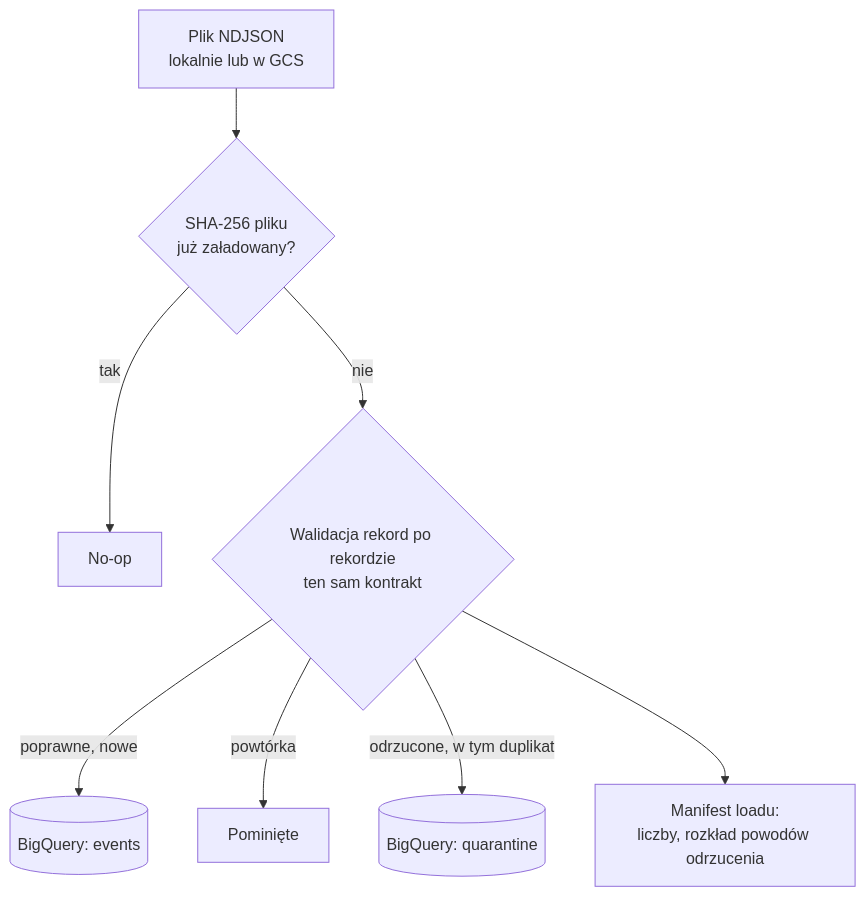
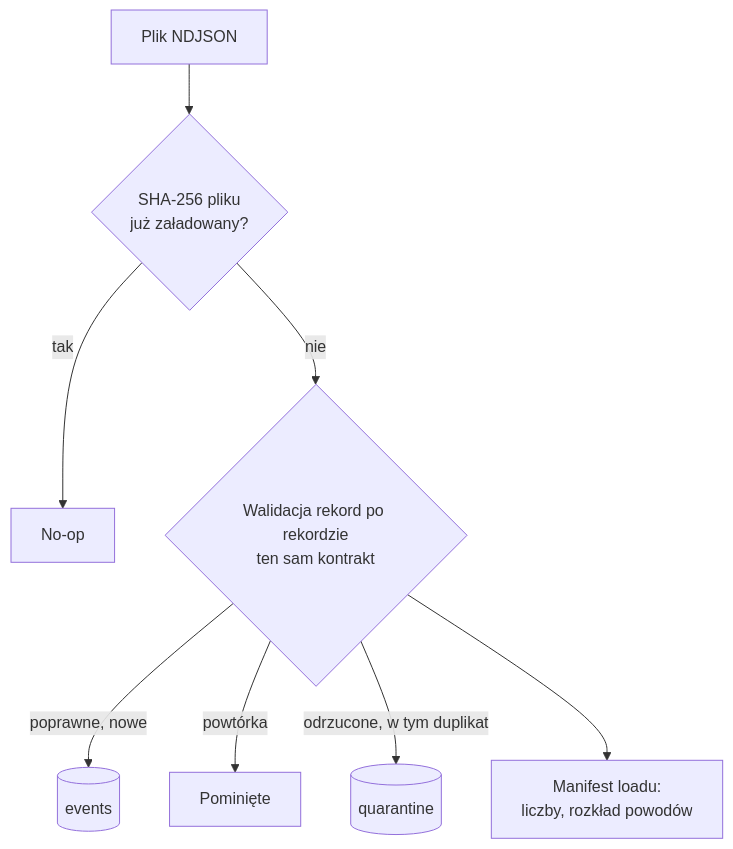
Before and after one commit to pmackowka/shift-left-data-quality-pydantic: the second of 3 diagrams in README.md, drawn with Mermaid. The commit also changed other lines of this file and 1 other file, not shown here.

````diff
--- a/README.md
+++ b/README.md
@@ -325,10 +84,10 @@
 ```mermaid
 flowchart TD
-    FILE[Plik NDJSON<br/>lokalnie lub w GCS] --> SHA{SHA-256 pliku<br/>już załadowany?}
+    FILE[Plik NDJSON] --> SHA{SHA-256 pliku<br/>już załadowany?}
     SHA -->|tak| SKIP[No-op]
     SHA -->|nie| VAL{Walidacja rekord po rekordzie<br/>ten sam kontrakt}
-    VAL -->|poprawne, nowe| EVB[(BigQuery: events)]
+    VAL -->|poprawne, nowe| EVB[(events)]
     VAL -->|powtórka| DROP[Pominięte]
-    VAL -->|odrzucone, w tym duplikat| QB[(BigQuery: quarantine)]
-    VAL --> REP[Manifest loadu:<br/>liczby, rozkład powodów odrzucenia]
+    VAL -->|odrzucone, w tym duplikat| QB[(quarantine)]
+    VAL --> MAN[Manifest loadu:<br/>liczby, rozkład powodów]
 ```
````
